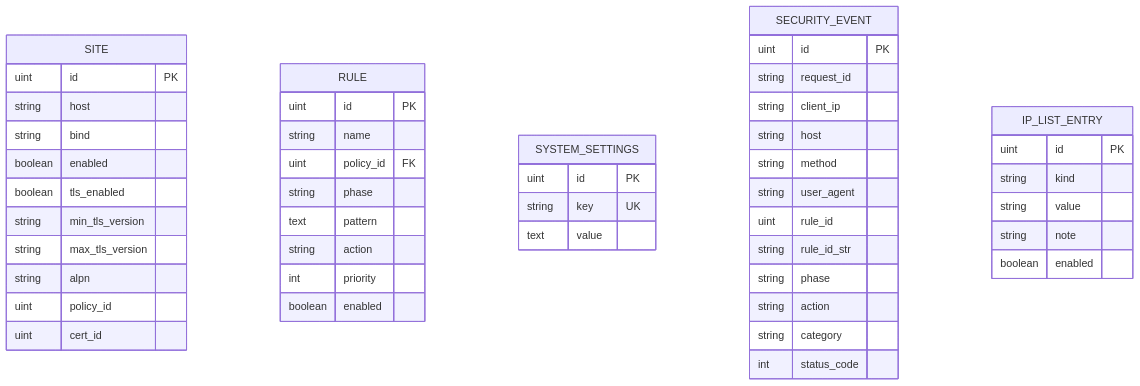
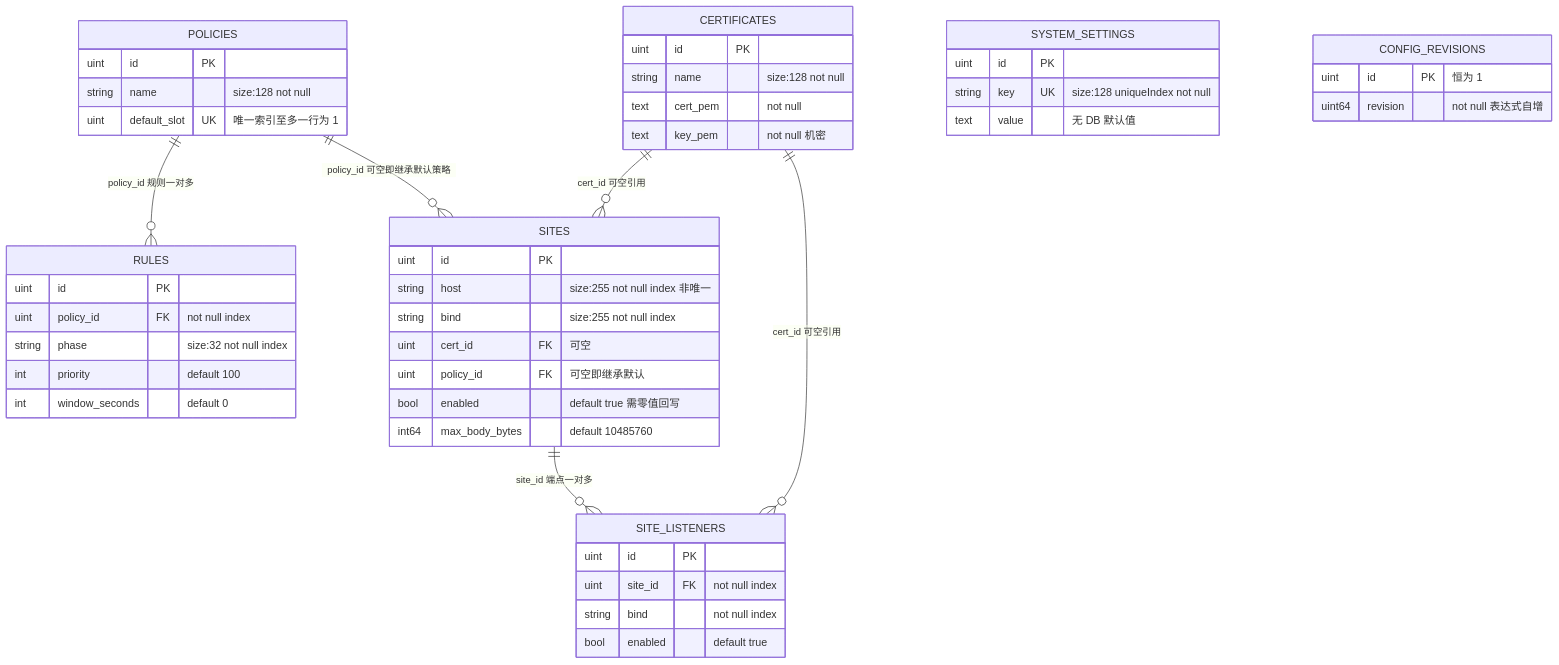
The fourth of 4 diagrams in docs/数据存储层/GORM 配置与使用.md (x01n/My-OpenWaf), drawn with Mermaid before and after one commit. The commit also changed other lines of this file and 622 other files, not shown here.

````diff
--- a/docs/数据存储层/GORM 配置与使用.md
+++ b/docs/数据存储层/GORM 配置与使用.md
@@ -329,51 +541,50 @@
 ```mermaid
 erDiagram
-SITE {
+SITES ||--o{ SITE_LISTENERS : "site_id 端点一对多"
+POLICIES ||--o{ RULES : "policy_id 规则一对多"
+CERTIFICATES ||--o{ SITES : "cert_id 可空引用"
+CERTIFICATES ||--o{ SITE_LISTENERS : "cert_id 可空引用"
+POLICIES ||--o{ SITES : "policy_id 可空即继承默认策略"
+SITES {
 uint id PK
-string host
-string bind
-boolean enabled
-boolean tls_enabled
-string min_tls_version
-string max_tls_version
-string alpn
-uint policy_id
-uint cert_id
+string host "size:255 not null index 非唯一"
+string bind "size:255 not null index"
+uint cert_id FK "可空"
+uint policy_id FK "可空即继承默认"
+bool enabled "default true 需零值回写"
+int64 max_body_bytes "default 10485760"
 }
-RULE {
+SITE_LISTENERS {
 uint id PK
-string name
-uint policy_id FK
-string phase
-text pattern
-string action
-int priority
-boolean enabled
+uint site_id FK "not null index"
+string bind "not null index"
+bool enabled "default true"
+}
+POLICIES {
+uint id PK
+string name "size:128 not null"
+uint default_slot UK "唯一索引至多一行为 1"
+}
+RULES {
+uint id PK
+uint policy_id FK "not null index"
+string phase "size:32 not null index"
+int priority "default 100"
+int window_seconds "default 0"
 }
 SYSTEM_SETTINGS {
 uint id PK
-string key UK
-text value
+string key UK "size:128 uniqueIndex not null"
+text value "无 DB 默认值"
 }
-SECURITY_EVENT {
+CONFIG_REVISIONS {
+uint id PK "恒为 1"
+uint64 revision "not null 表达式自增"
+}
+CERTIFICATES {
 uint id PK
-string request_id
-string client_ip
-string host
-string method
-string user_agent
-uint rule_id
-string rule_id_str
-string phase
-string action
-string category
-int status_code
-}
-IP_LIST_ENTRY {
-uint id PK
-string kind
-string value
-string note
-boolean enabled
+string name "size:128 not null"
+text cert_pem "not null"
+text key_pem "not null 机密"
 }
 ```
````
